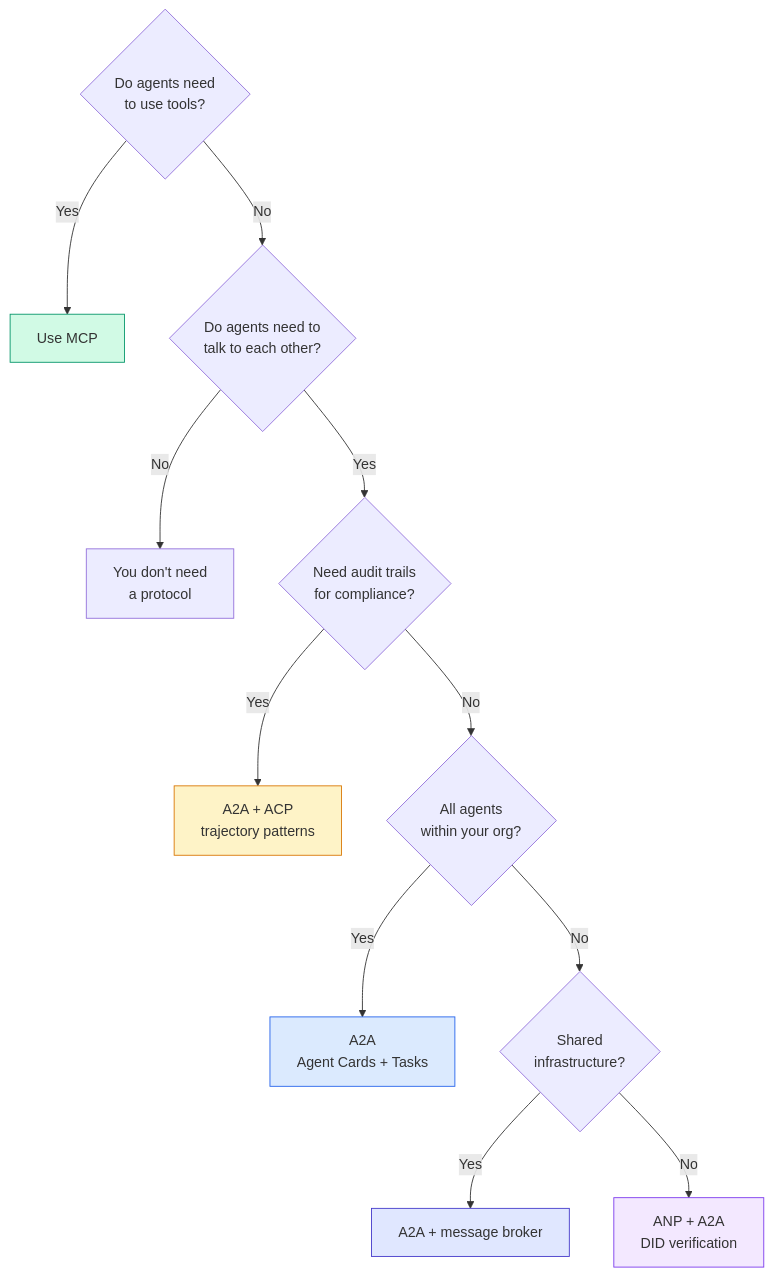
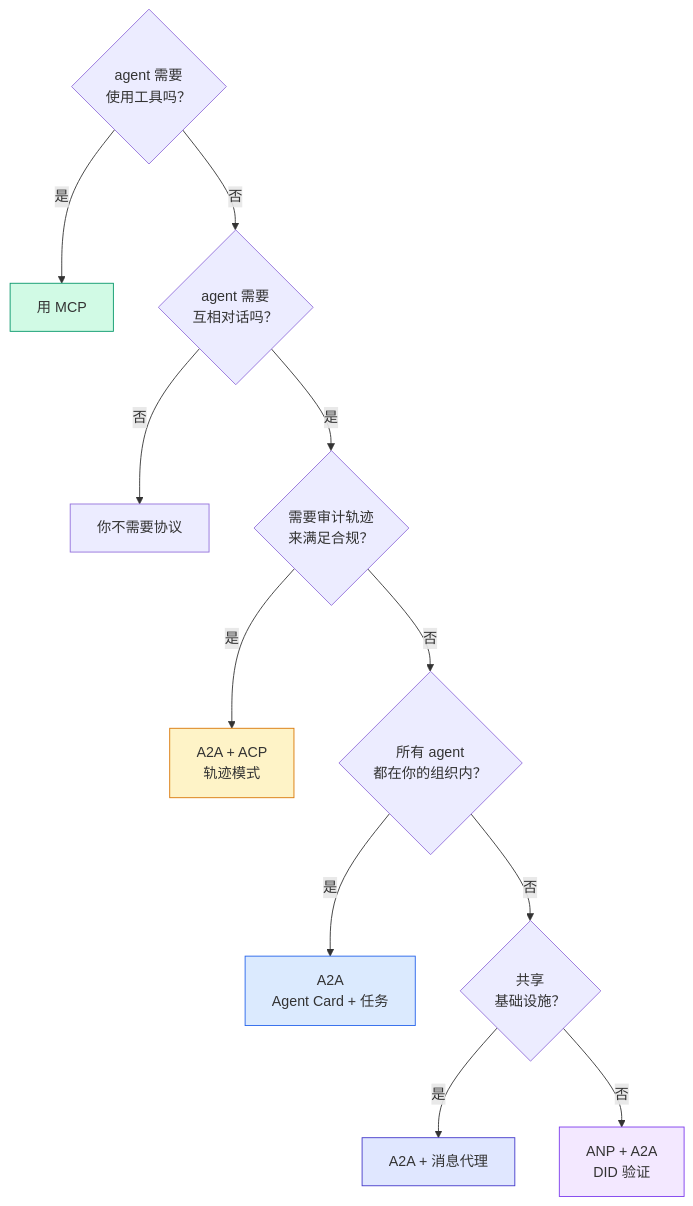
One commit to alessandrodinisio-ai/ai-engineering-learning-framework changed diagram 13 of 13 in phases/16-multi-agent-and-swarms/03-communication-protocols/docs/zh.md. Above: the diagram before and after it, drawn with Mermaid. The commit also changed other lines of this file and 120 other files, not shown here.

First line of the commit message:
i18n(mermaid): 337 个 mermaid 图表标签中文化

````diff
--- a/phases/16-multi-agent-and-swarms/03-communication-protocols/docs/zh.md
+++ b/phases/16-multi-agent-and-swarms/03-communication-protocols/docs/zh.md
@@ -1450,20 +1450,20 @@
 ```mermaid
 graph TD
-    START{Do agents need<br/>to use tools?}
-    START -->|Yes| MCP_R[Use MCP]
-    START -->|No| TALK{Do agents need to<br/>talk to each other?}
-    TALK -->|No| NONE[You don't need<br/>a protocol]
-    TALK -->|Yes| AUDIT{Need audit trails<br/>for compliance?}
-    AUDIT -->|Yes| ACP_R[A2A + ACP<br/>trajectory patterns]
-    AUDIT -->|No| ORG{All agents<br/>within your org?}
-    ORG -->|Yes| A2A_R[A2A<br/>Agent Cards + Tasks]
-    ORG -->|No| INFRA{Shared<br/>infrastructure?}
-    INFRA -->|Yes| BROKER[A2A + message broker]
-    INFRA -->|No| ANP_R[ANP + A2A<br/>DID verification]
+    START{agent 需要<br/>使用工具吗？}
+    START -->|是| MCP_R[用 MCP]
+    START -->|否| TALK{agent 需要<br/>互相对话吗？}
+    TALK -->|否| NONE[你不需要协议]
+    TALK -->|是| AUDIT{需要审计轨迹<br/>来满足合规？}
+    AUDIT -->|是| ACP_R[A2A + ACP<br/>轨迹模式]
+    AUDIT -->|否| ORG{所有 agent<br/>都在你的组织内？}
+    ORG -->|是| A2A_R[A2A<br/>Agent Card + 任务]
+    ORG -->|否| INFRA{共享<br/>基础设施？}
+    INFRA -->|是| BROKER[A2A + 消息代理]
+    INFRA -->|否| ANP_R[ANP + A2A<br/>DID 验证]
 
     style MCP_R fill:#d1fae5,stroke:#059669
     style A2A_R fill:#dbeafe,stroke:#2563eb
     style ACP_R fill:#fef3c7,stroke:#d97706
     style ANP_R fill:#f3e8ff,stroke:#7c3aed
     style BROKER fill:#e0e7ff,stroke:#4338ca
 ```
````
